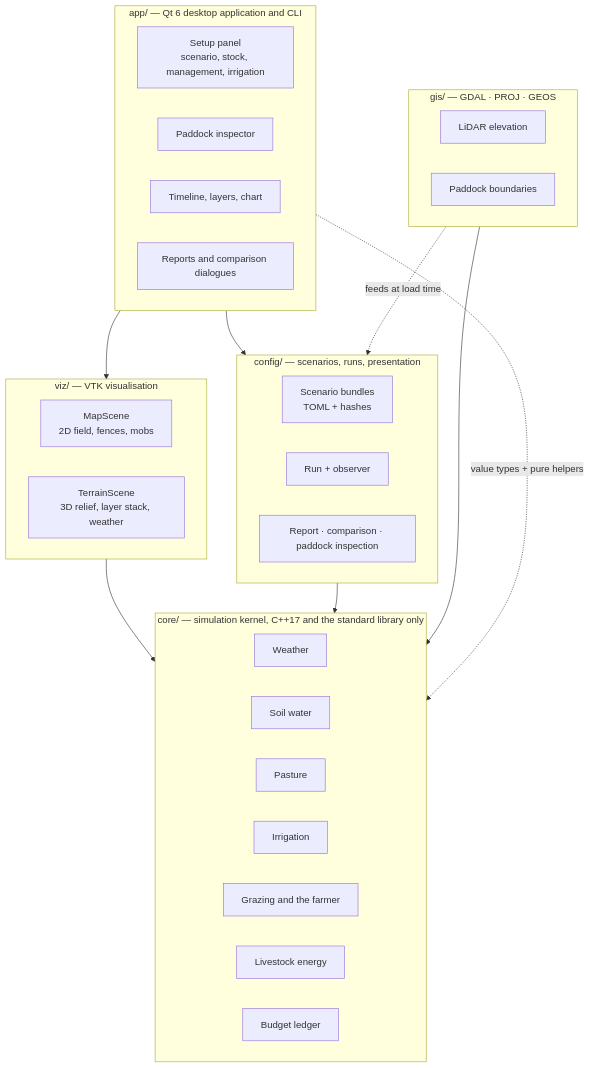
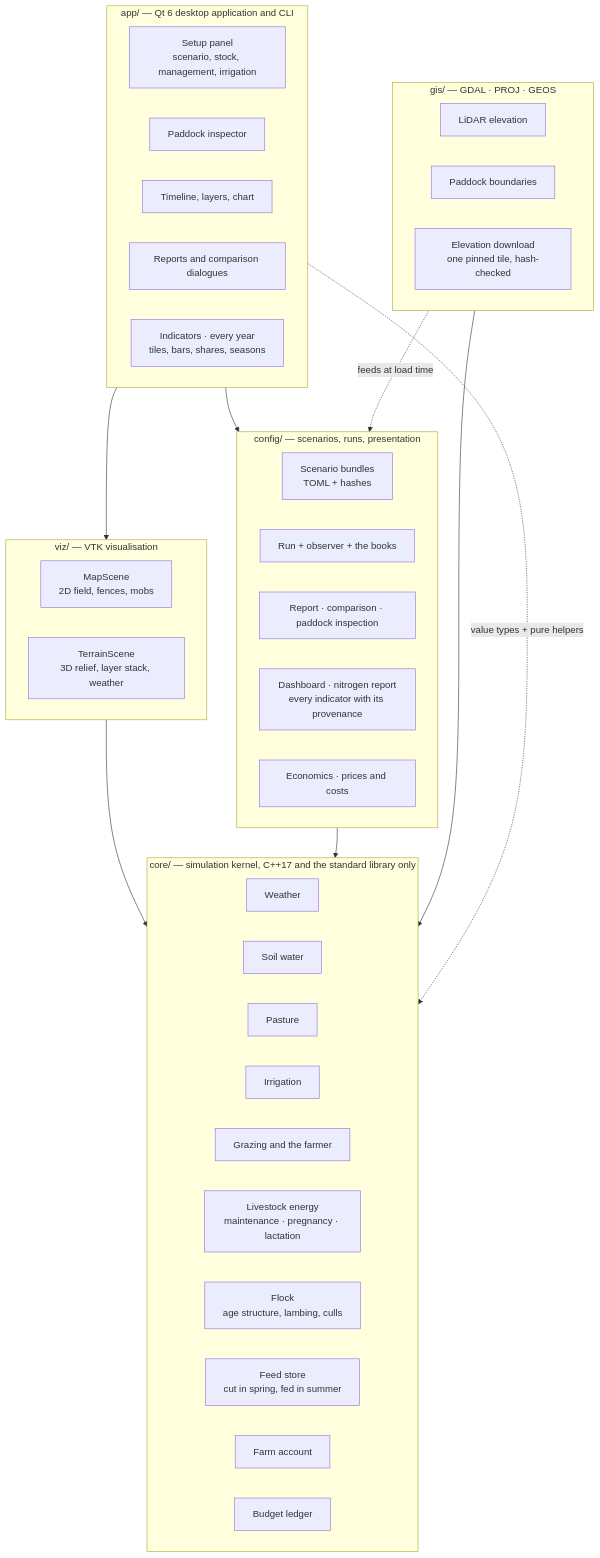
One commit to hugohu789-droid/Paddock changed the first of 10 diagrams in docs/architecture/system-architecture.md. Above: the diagram before and after it, drawn with Mermaid. The commit also changed 5 other files, not shown here.

````diff
--- a/docs/architecture/system-architecture.md
+++ b/docs/architecture/system-architecture.md
@@ -66,43 +66,50 @@
 ```mermaid
 flowchart TB
     subgraph app["app/ — Qt 6 desktop application and CLI"]
         setup["Setup panel<br/>scenario, stock, management, irrigation"]
         inspector["Paddock inspector"]
         controls["Timeline, layers, chart"]
         reports["Reports and comparison dialogues"]
+        boards["Indicators · every year<br/>tiles, bars, shares, seasons"]
     end
 
     subgraph viz["viz/ — VTK visualisation"]
         map2d["MapScene<br/>2D field, fences, mobs"]
         map3d["TerrainScene<br/>3D relief, layer stack, weather"]
     end
 
     subgraph config["config/ — scenarios, runs, presentation"]
         bundle["Scenario bundles<br/>TOML + hashes"]
-        runner["Run + observer"]
+        runner["Run + observer + the books"]
         present["Report · comparison · paddock inspection"]
+        dash["Dashboard · nitrogen report<br/>every indicator with its provenance"]
+        econ["Economics · prices and costs"]
     end
 
     subgraph core["core/ — simulation kernel, C++17 and the standard library only"]
         weather["Weather"]
         soil["Soil water"]
         pasture["Pasture"]
         irrigation["Irrigation"]
         grazing["Grazing and the farmer"]
-        stock["Livestock energy"]
+        stock["Livestock energy<br/>maintenance · pregnancy · lactation"]
+        flock["Flock<br/>age structure, lambing, culls"]
+        feed["Feed store<br/>cut in spring, fed in summer"]
+        money["Farm account"]
         ledger["Budget ledger"]
     end
 
     subgraph gis["gis/ — GDAL · PROJ · GEOS"]
         dem["LiDAR elevation"]
         cadastre["Paddock boundaries"]
+        fetch["Elevation download<br/>one pinned tile, hash-checked"]
     end
 
     app --> viz
     app --> config
     viz --> core
     config --> core
     gis --> core
     app -.->|"value types + pure helpers"| core
     gis -.->|"feeds at load time"| config
 ```
````
